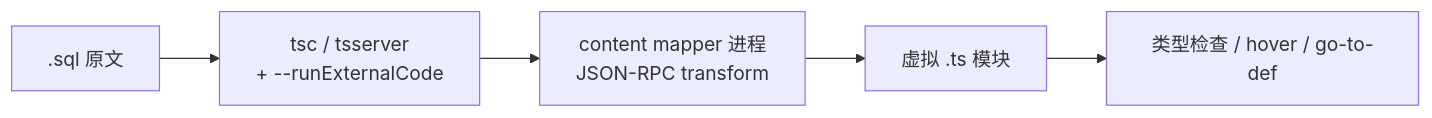
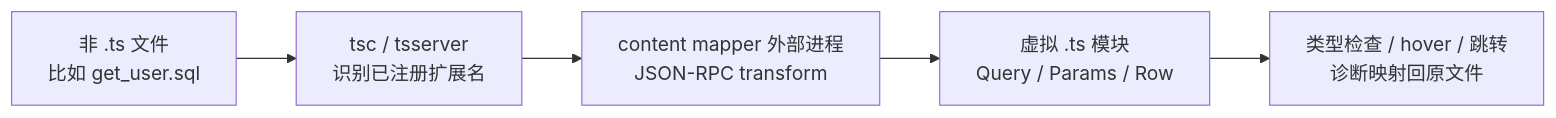
One commit to PerfectPan/wiki changed the first of 2 diagrams in wiki/syntheses/languages/reylo-sql-import-typescript.md. Above: the diagram before and after it, drawn with Mermaid. The commit also changed other lines of this file, not shown here.

First line of the commit message:
docs(languages): clarify Reylo page and restore full architecture diagram

````diff
--- a/wiki/syntheses/languages/reylo-sql-import-typescript.md
+++ b/wiki/syntheses/languages/reylo-sql-import-typescript.md
@@ -50,7 +56,7 @@
 ```mermaid
 flowchart LR
-  A[".sql 原文"] --> B["tsc / tsserver\n+ --runExternalCode"]
-  B --> C["content mapper 进程\nJSON-RPC transform"]
-  C --> D["虚拟 .ts 模块"]
-  D --> E["类型检查 / hover / go-to-def"]
+  A["非 .ts 文件<br/>比如 get_user.sql"] --> B["tsc / tsserver<br/>识别已注册扩展名"]
+  B --> C["content mapper 外部进程<br/>JSON-RPC transform"]
+  C --> D["虚拟 .ts 模块<br/>Query / Params / Row"]
+  D --> E["类型检查 / hover / 跳转<br/>诊断映射回原文件"]
 ```
````
